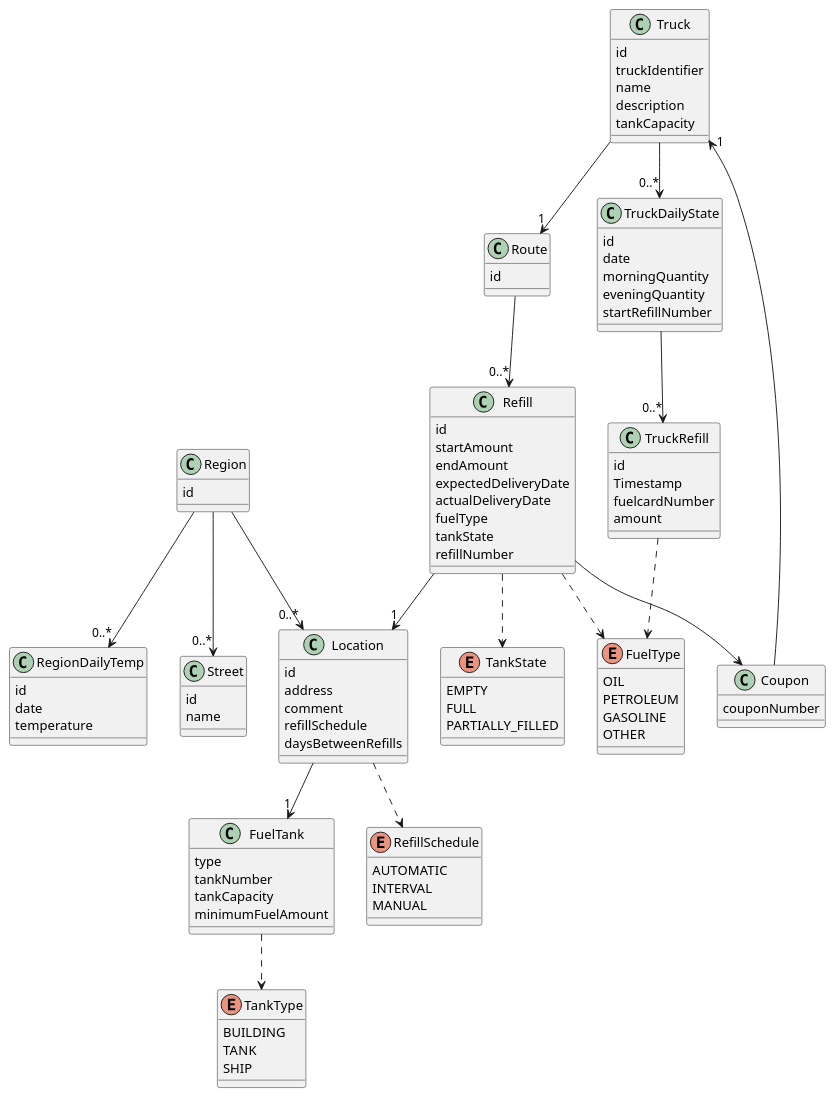
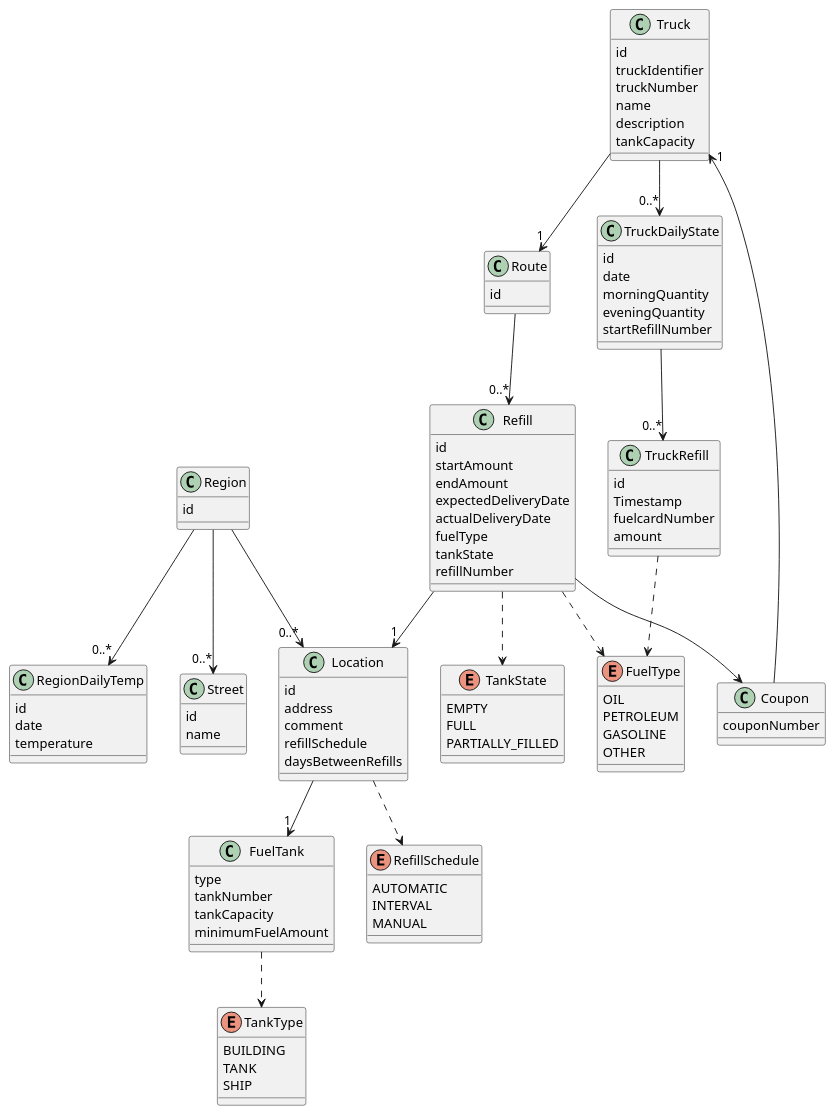
The diagram in docs/entity-datamodel.md (IT-Minds/client_comby_oilcontrols), drawn with PlantUML before and after one commit. The commit also changed 2 other files, not shown here.

Commit message:
made the initial changes to the datamodel still need to do the migration - will do this after we have agreed upon the DM.

```diff
--- a/docs/entity-datamodel.md
+++ b/docs/entity-datamodel.md
@@ -7,6 +7,7 @@
 class Truck {
   id
   truckIdentifier
+  truckNumber
   name
   description
   tankCapacity
```
